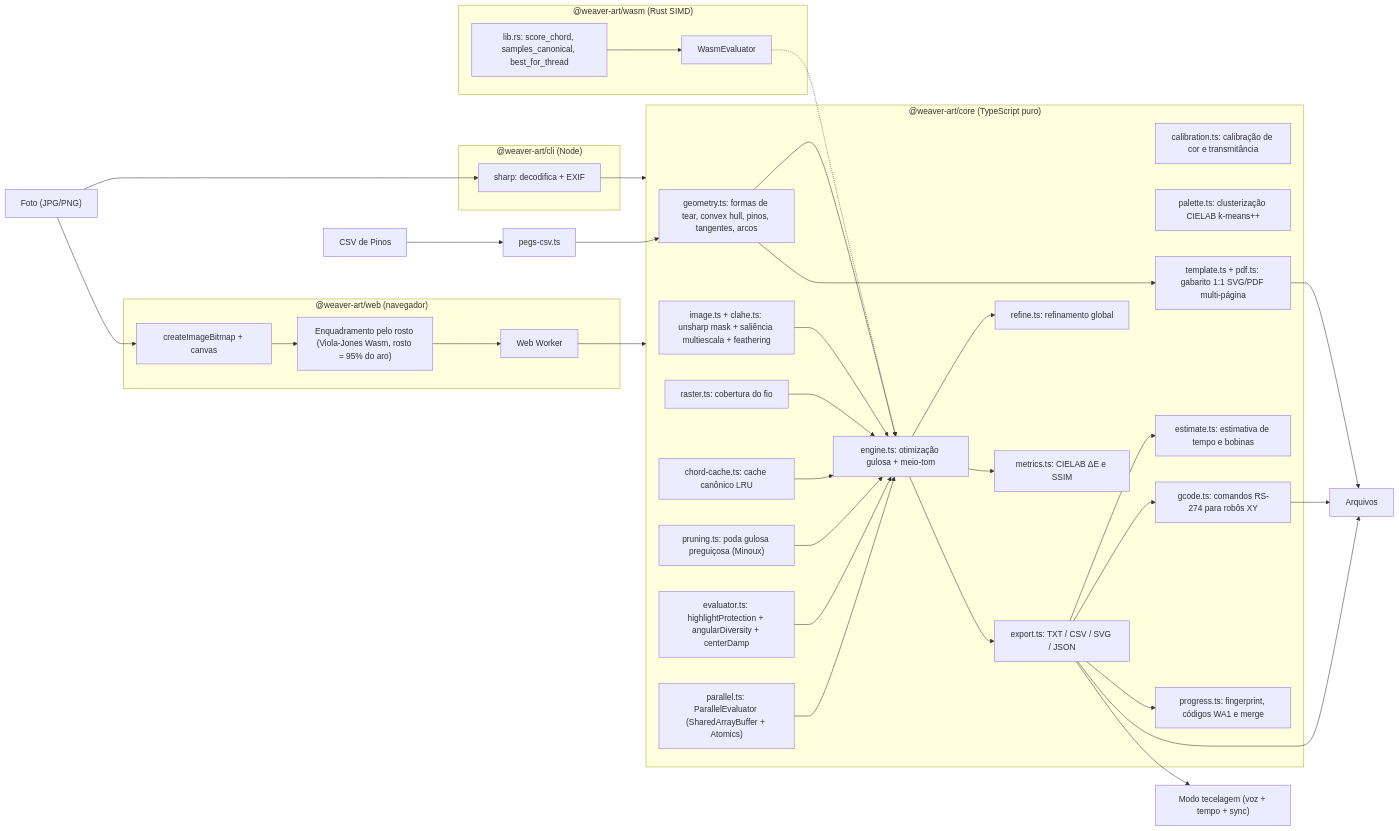
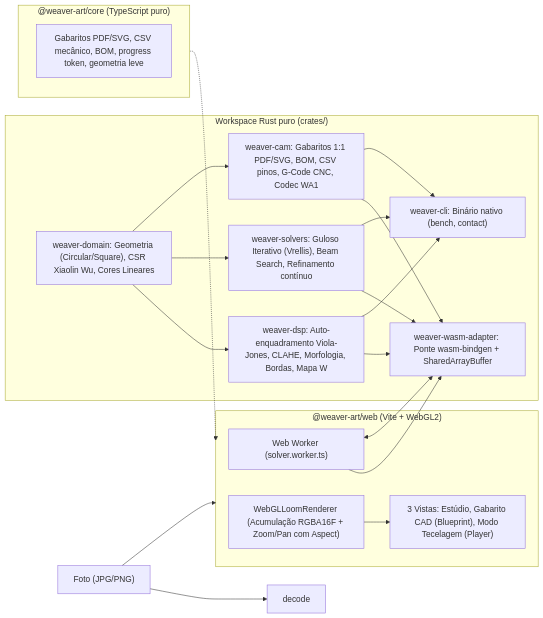
Before and after one commit to AyrtonLoks/weaver-art: the diagram in docs/ARCHITECTURE.md, drawn with Mermaid. The commit also changed other lines of this file and 78 other files, not shown here.

First line of the commit message:
feat(cleanup): expurgo de código legado, presets Vrellis mono/CMYK e melhorias no estúdio

````diff
--- a/docs/ARCHITECTURE.md
+++ b/docs/ARCHITECTURE.md
@@ -5,46 +5,34 @@
 ```mermaid
 flowchart LR
   photo["Foto (JPG/PNG)"] --> decode
-  csvIn["CSV de Pinos"] --> pegsCsv["pegs-csv.ts"]
-  subgraph cli["@weaver-art/cli (Node)"]
-    decode["sharp: decodifica + EXIF"]
+  subgraph rust["Workspace Rust puro (crates/)"]
+    domain["weaver-domain: Geometria (Circular/Square), CSR Xiaolin Wu, Cores Lineares"]
+    dsp["weaver-dsp: Auto-enquadramento Viola-Jones, CLAHE, Morfologia, Bordas, Mapa W"]
+    solvers["weaver-solvers: Guloso Iterativo (Vrellis), Beam Search, Refinamento contínuo"]
+    cam["weaver-cam: Gabaritos 1:1 PDF/SVG, BOM, CSV pinos, G-Code CNC, Codec WA1"]
+    domain --> dsp
+    domain --> solvers
+    domain --> cam
+    wasm["weaver-wasm-adapter: Ponte wasm-bindgen + SharedArrayBuffer"]
+    dsp --> wasm
+    solvers --> wasm
+    cam --> wasm
+    cli["weaver-cli: Binário nativo (bench, contact)"]
+    dsp --> cli
+    solvers --> cli
+    cam --> cli
   end
-  subgraph web["@weaver-art/web (navegador)"]
-    framing["Enquadramento pelo rosto (Viola-Jones Wasm, rosto = 95% do aro)"]
-    bitmap["createImageBitmap + canvas"] --> framing --> worker["Web Worker"]
+  subgraph web["@weaver-art/web (Vite + WebGL2)"]
+    worker["Web Worker (solver.worker.ts)"]
+    renderer["WebGLLoomRenderer (Acumulação RGBA16F + Zoom/Pan com Aspect)"]
+    views["3 Vistas: Estúdio, Gabarito CAD (Blueprint), Modo Tecelagem (Player)"]
+    worker --> wasm
+    renderer --> views
   end
-  photo --> bitmap
-  decode --> core
-  worker --> core
-  pegsCsv --> geo
   subgraph core["@weaver-art/core (TypeScript puro)"]
-    prep["image.ts + clahe.ts: unsharp mask + saliência multiescala + feathering"] --> engine["engine.ts: otimização gulosa + meio-tom"]
-    geo["geometry.ts: formas de tear, convex hull, pinos, tangentes, arcos"] --> engine
-    ras["raster.ts: cobertura do fio"] --> engine
-    cache["chord-cache.ts: cache canônico LRU"] --> engine
-    prune["pruning.ts: poda gulosa preguiçosa (Minoux)"] --> engine
-    eval["evaluator.ts: highlightProtection + angularDiversity + centerDamp"] --> engine
-    par["parallel.ts: ParallelEvaluator (SharedArrayBuffer + Atomics)"] --> engine
-    engine --> refine["refine.ts: refinamento global"]
-    engine --> metrics["metrics.ts: CIELAB ΔE e SSIM"]
-    engine --> exp["export.ts: TXT / CSV / SVG / JSON"]
-    calib["calibration.ts: calibração de cor e transmitância"]
-    pal["palette.ts: clusterização CIELAB k-means++"]
-    tmpl["template.ts + pdf.ts: gabarito 1:1 SVG/PDF multi-página"]
-    geo --> tmpl
-    est["estimate.ts: estimativa de tempo e bobinas"]
-    gc["gcode.ts: comandos RS-274 para robôs XY"]
-    prog["progress.ts: fingerprint, códigos WA1 e merge"]
-    exp --> est
-    exp --> gc
-    exp --> prog
+    helpers["Gabaritos PDF/SVG, CSV mecânico, BOM, progress token, geometria leve"]
   end
-  subgraph wasm["@weaver-art/wasm (Rust SIMD)"]
-    rust["lib.rs: score_chord, samples_canonical, best_for_thread"] --> wasmEval["WasmEvaluator"]
-  end
-  wasmEval -.-> engine
-  exp --> files["Arquivos"]
-  tmpl --> files
-  gc --> files
-  exp --> player["Modo tecelagem (voz + tempo + sync)"]
+  photo --> web
+  wasm <--> worker
+  core -.-> web
 ```
````
